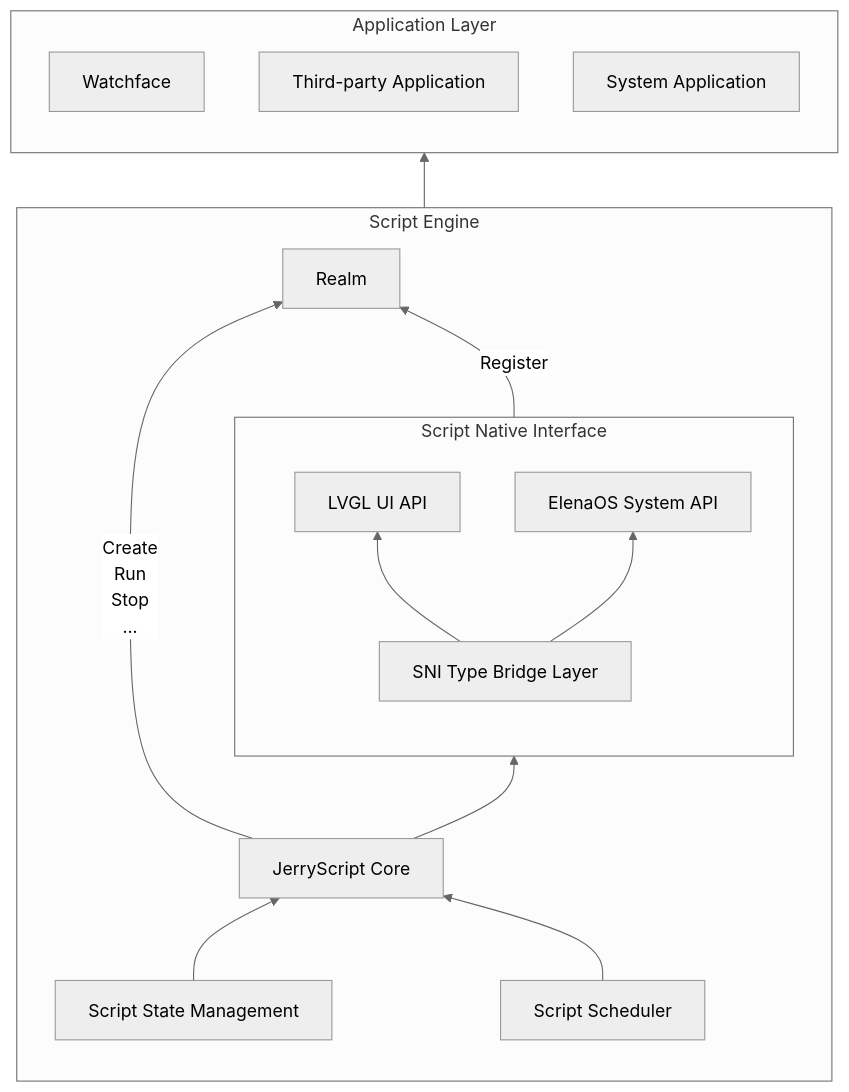
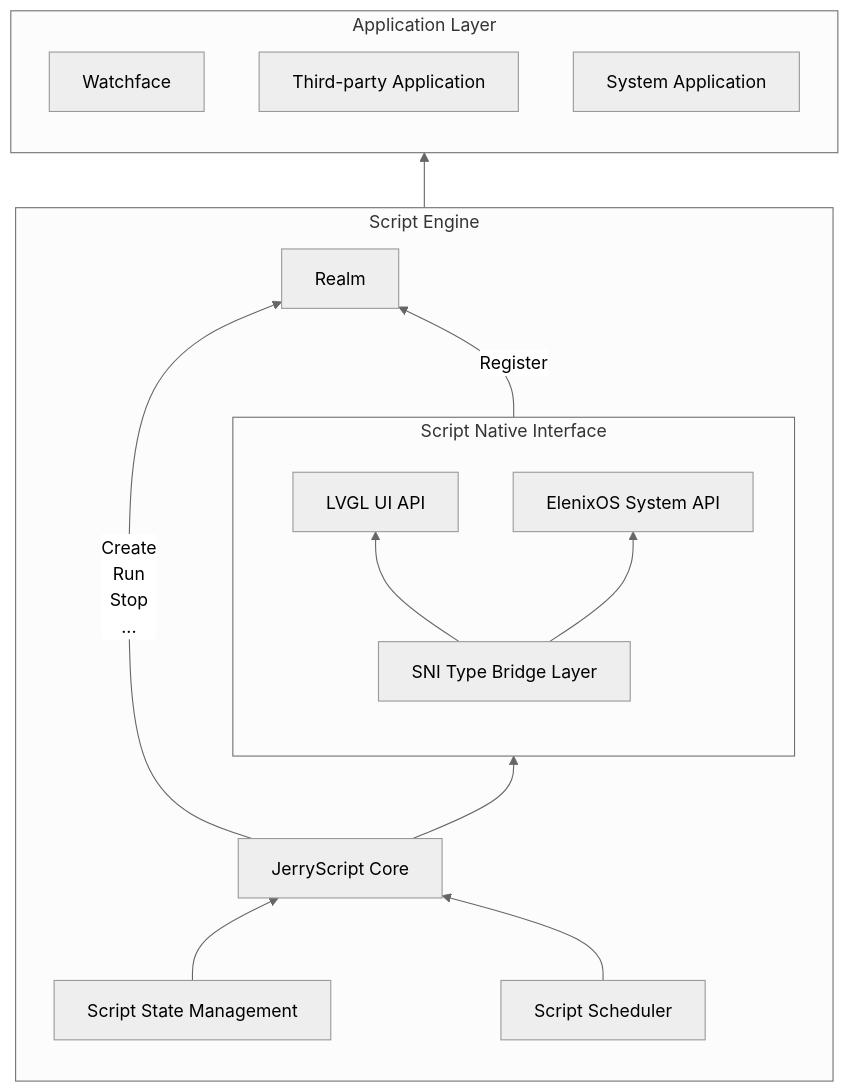
Before and after one commit to fossabot/ElenixOS-Docs: the diagram in i18n/en/docusaurus-plugin-content-docs/current/architecture/script_engine.mdx, drawn with Mermaid (neutral theme). The commit also changed other lines of this file and 72 other files, not shown here.

Commit message:
refactor!: Rename project form ElenaOS-docs to ElenixOS-Docs

````diff
--- a/i18n/en/docusaurus-plugin-content-docs/current/architecture/script_engine.mdx
+++ b/i18n/en/docusaurus-plugin-content-docs/current/architecture/script_engine.mdx
@@ -24,36 +24,36 @@
 ```mermaid
 flowchart BT
 
     subgraph application["Application Layer"]
         direction BT
         Watchface["Watchface"]
         ThirdPartyApp["Third-party Application"]
         SystemApp["System Application"]
     end
 
     subgraph ScriptEngine["Script Engine"]
         direction BT
         JerryScriptCore["JerryScript Core"]
         Realm["Realm"]
         Scheduler["Script Scheduler"]
         State["Script State Management"]
 
         subgraph SNI["Script Native Interface"]
             direction BT
             LVGL["LVGL UI API"]
-            ElenaOS["ElenaOS System API"]
+            ElenixOS["ElenixOS System API"]
             SNI_TB["SNI Type Bridge Layer"]
 
             SNI_TB-->LVGL
-            SNI_TB-->ElenaOS
+            SNI_TB-->ElenixOS
         end
     end
 
     JerryScriptCore -->|Create\nRun\nStop\n...| Realm
     JerryScriptCore --> SNI
     State --> JerryScriptCore
     Scheduler --> JerryScriptCore
 
     SNI -->|Register| Realm
     Realm --> application
 ```
````
